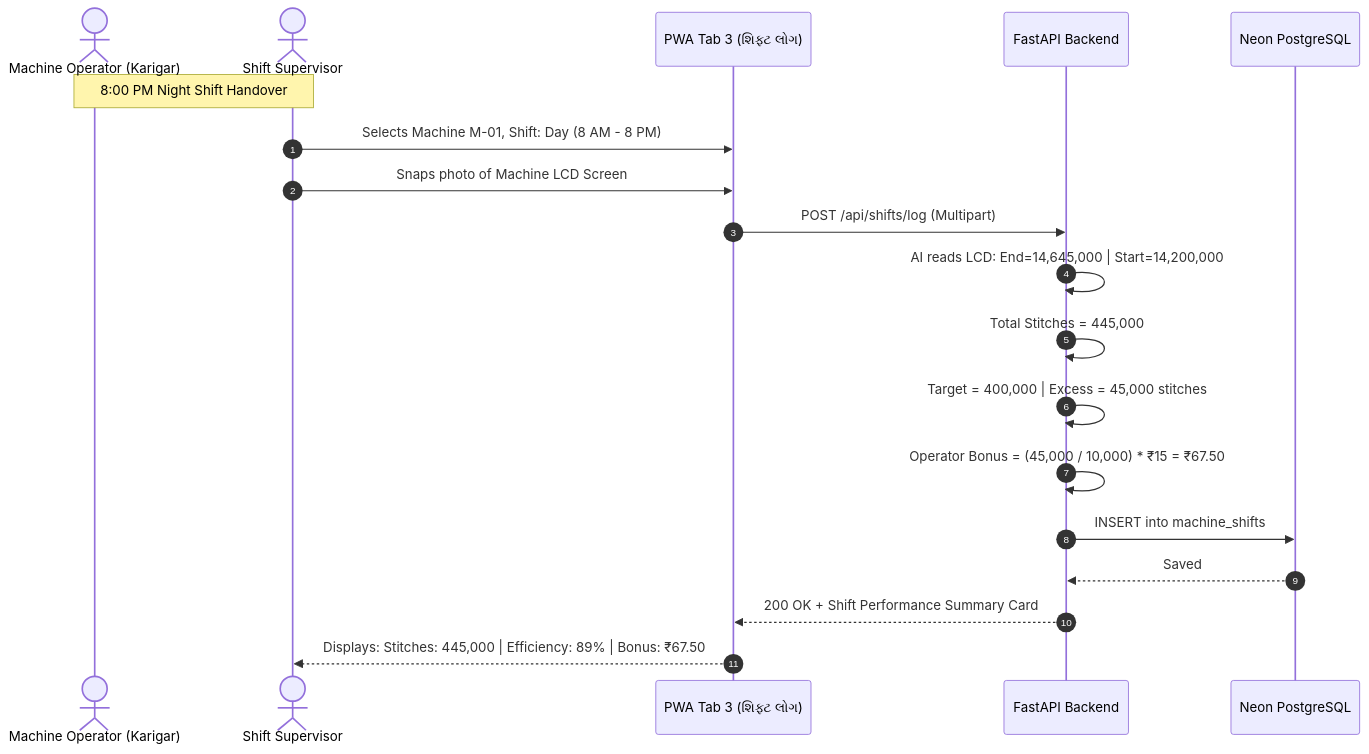
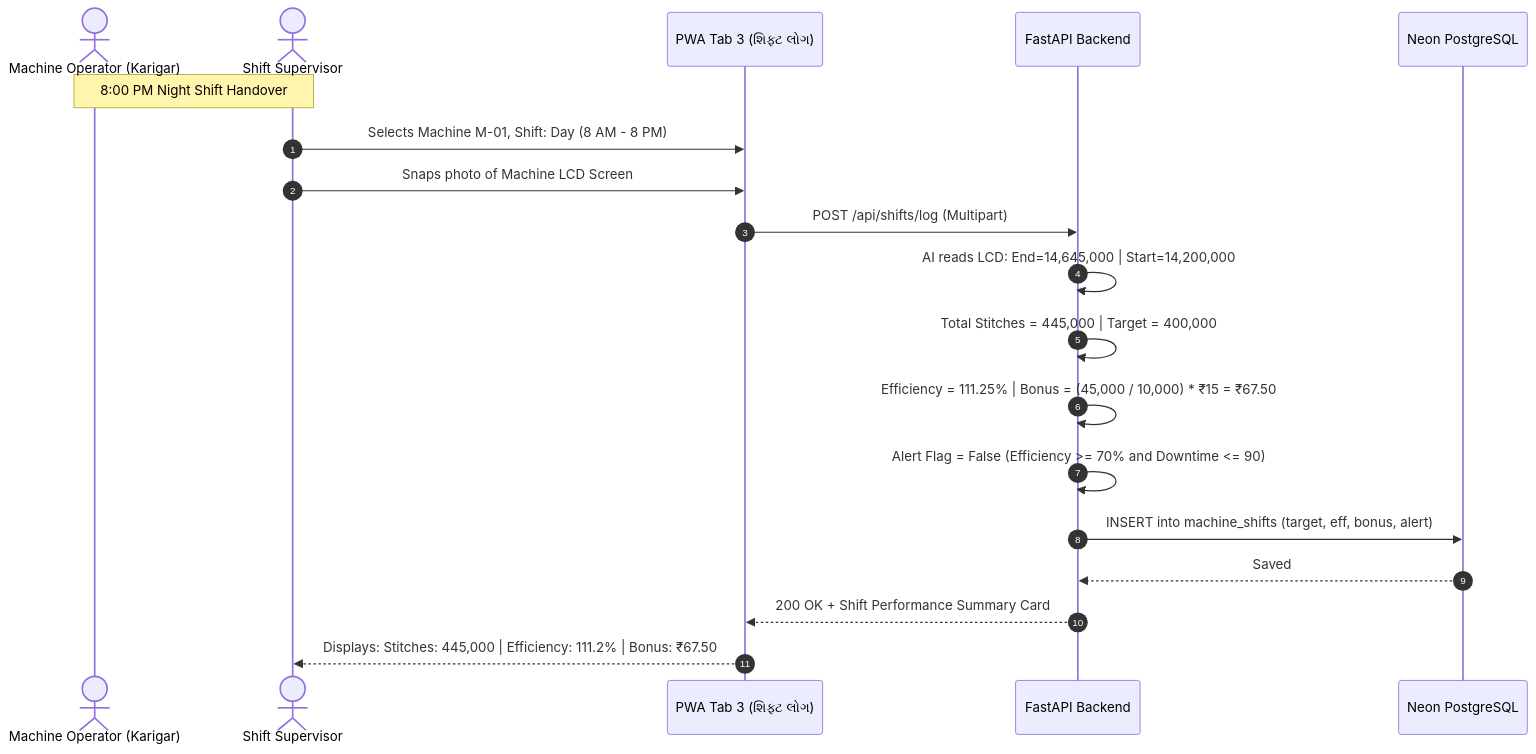
One commit to smit3203/AI-chatbot- changed the ninth of 10 diagrams in ARCHITECTURE_AND_FLOW.md. Above: the diagram before and after it, drawn with Mermaid. The commit also changed other lines of this file and 33 other files, not shown here.

````diff
--- a/ARCHITECTURE_AND_FLOW.md
+++ b/ARCHITECTURE_AND_FLOW.md
@@ -982,22 +1047,22 @@
 ```mermaid
 sequenceDiagram
     autonumber
     actor Karigar as Machine Operator (Karigar)
     actor Master as Shift Supervisor
     participant PWA as PWA Tab 3 (શિફ્ટ લોગ)
     participant Backend as FastAPI Backend
     participant DB as Neon PostgreSQL
 
     Note over Karigar,Master: 8:00 PM Night Shift Handover
     Master->>PWA: Selects Machine M-01, Shift: Day (8 AM - 8 PM)
     Master->>PWA: Snaps photo of Machine LCD Screen
     PWA->>Backend: POST /api/shifts/log (Multipart)
     Backend->>Backend: AI reads LCD: End=14,645,000 | Start=14,200,000
-    Backend->>Backend: Total Stitches = 445,000
-    Backend->>Backend: Target = 400,000 | Excess = 45,000 stitches
-    Backend->>Backend: Operator Bonus = (45,000 / 10,000) * ₹15 = ₹67.50
-    Backend->>DB: INSERT into machine_shifts
+    Backend->>Backend: Total Stitches = 445,000 | Target = 400,000
+    Backend->>Backend: Efficiency = 111.25% | Bonus = (45,000 / 10,000) * ₹15 = ₹67.50
+    Backend->>Backend: Alert Flag = False (Efficiency >= 70% and Downtime <= 90)
+    Backend->>DB: INSERT into machine_shifts (target, eff, bonus, alert)
     DB-->>Backend: Saved
     Backend-->>PWA: 200 OK + Shift Performance Summary Card
-    PWA-->>Master: Displays: Stitches: 445,000 | Efficiency: 89% | Bonus: ₹67.50
+    PWA-->>Master: Displays: Stitches: 445,000 | Efficiency: 111.2% | Bonus: ₹67.50
 ```
````
